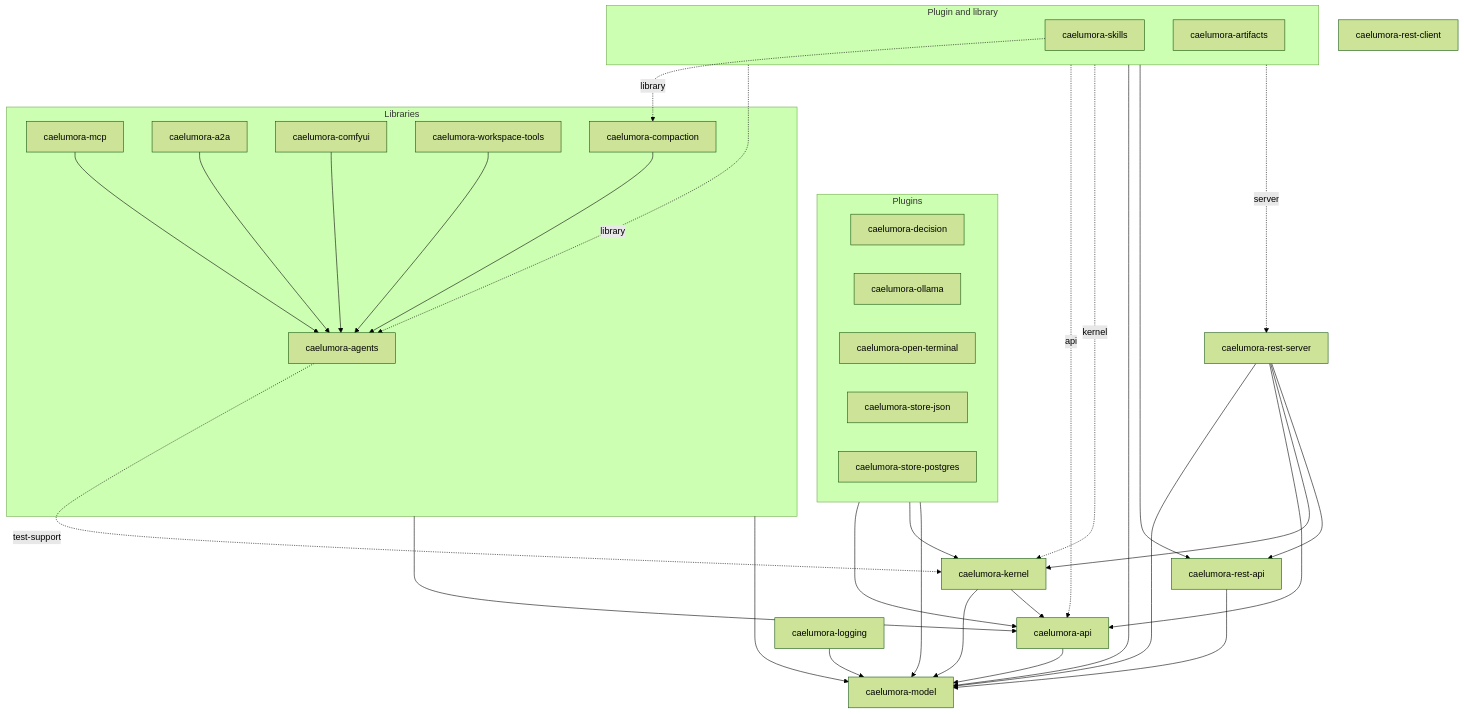
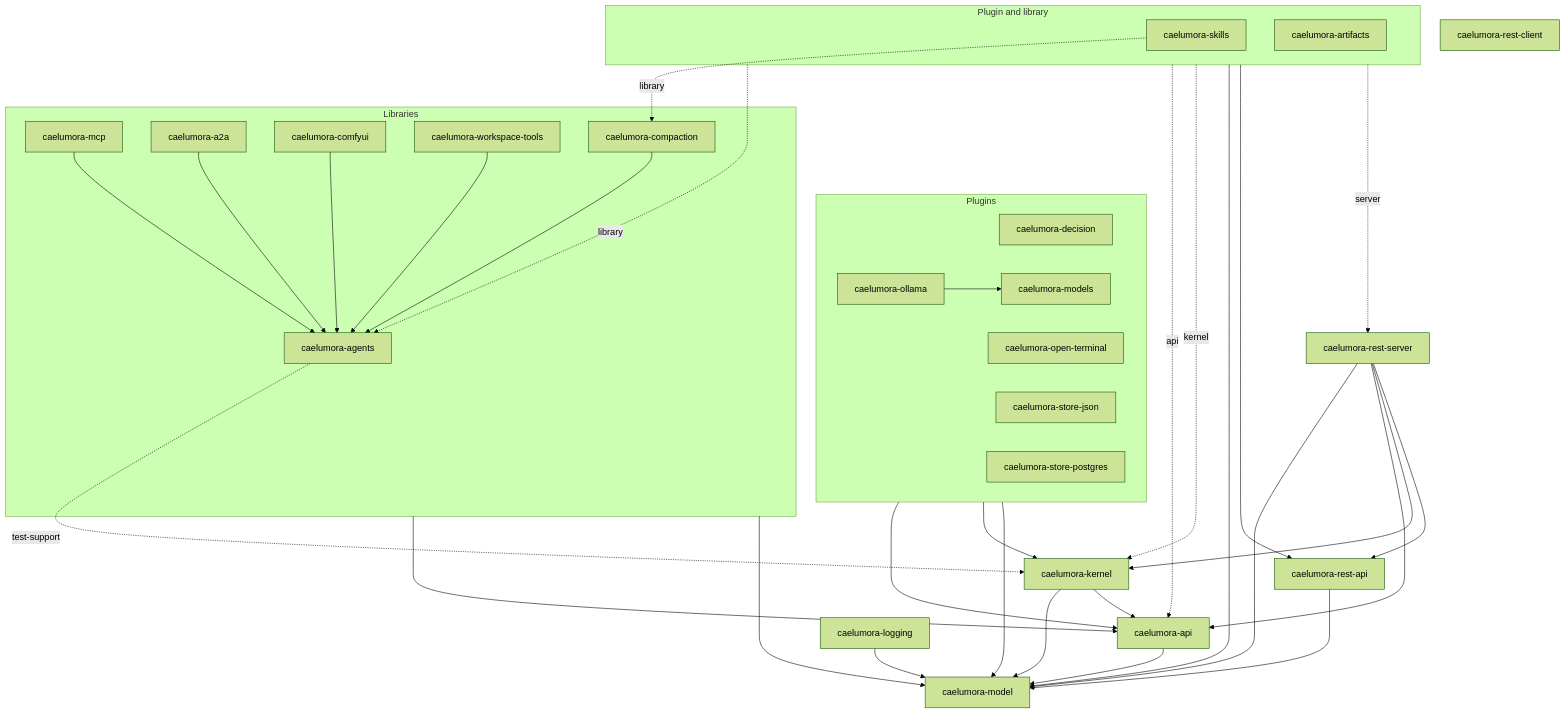
The diagram in docs/CRATES.md (dimajix/caelumora), drawn with Mermaid (forest theme) before and after one commit. The commit also changed other lines of this file and 45 other files, not shown here.

````diff
--- a/docs/CRATES.md
+++ b/docs/CRATES.md
@@ -16,51 +16,53 @@
 ```mermaid
 flowchart TD
     subgraph both["Plugin and library"]
         skills["caelumora-skills"]
         artifacts["caelumora-artifacts"]
     end
 
     subgraph plugins["Plugins"]
         decision["caelumora-decision"]
+        models["caelumora-models"]
         ollama["caelumora-ollama"]
         open_terminal["caelumora-open-terminal"]
         store_json["caelumora-store-json"]
         store_postgres["caelumora-store-postgres"]
     end
 
     subgraph libraries["Libraries"]
         agents["caelumora-agents"]
         mcp["caelumora-mcp"]
         a2a["caelumora-a2a"]
         comfyui["caelumora-comfyui"]
         workspace_tools["caelumora-workspace-tools"]
         compaction["caelumora-compaction"]
     end
 
     api["caelumora-api"]
     kernel["caelumora-kernel"]
     logging["caelumora-logging"]
     model["caelumora-model"]
     rest_api["caelumora-rest-api"]
     rest_client["caelumora-rest-client"]
     rest_server["caelumora-rest-server"]
 
     both -. "library" .-> agents
     both -. "api" .-> api
     skills -. "library" .-> compaction
     both -. "kernel" .-> kernel
     both --> model
     both --> rest_api
     both -. "server" .-> rest_server
     plugins --> api
     plugins --> kernel
     plugins --> model
+    ollama --> models
     a2a & comfyui & compaction & mcp & workspace_tools --> agents
     libraries --> api
     agents -. "test-support" .-> kernel
     libraries --> model
     api & kernel & logging & rest_api & rest_server --> model
     kernel & rest_server --> api
     rest_server --> kernel
     rest_server --> rest_api
 ```
````
